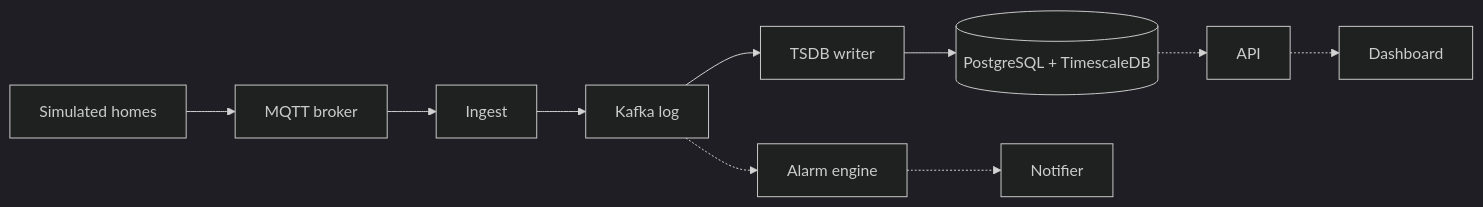
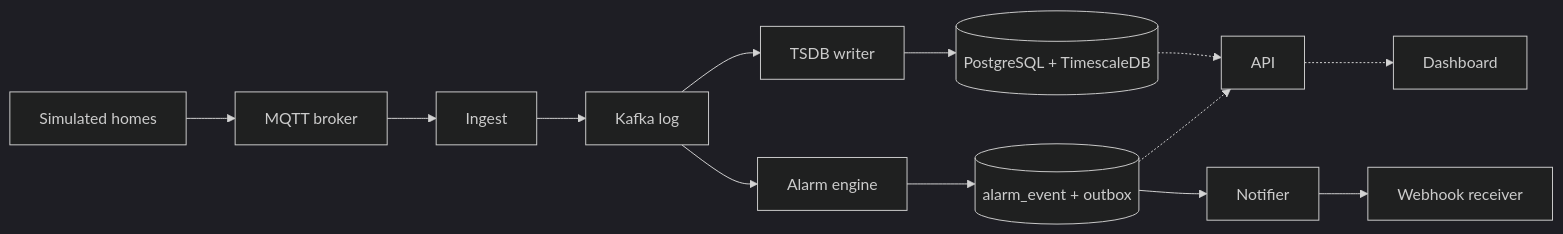
One commit to MostafaQabbari/speicherlotse changed the diagram in README.md. Above: the diagram before and after it, drawn with Mermaid (dark theme). The commit also changed other lines of this file and 17 other files, not shown here.

Commit message:
feat(notifier): outbox filled by trigger, webhook sender, retries, order within an alarm

````diff
--- a/README.md
+++ b/README.md
@@ -26,12 +29,15 @@
 ```mermaid
 flowchart LR
   sim[Simulated homes] --> mqtt[MQTT broker]
   mqtt --> ingest[Ingest]
   ingest --> log[Kafka log]
   log --> writer[TSDB writer]
   writer --> db[(PostgreSQL + TimescaleDB)]
-  log -.-> alarms[Alarm engine]
-  alarms -.-> notifier[Notifier]
+  log --> alarms[Alarm engine]
+  alarms --> adb[(alarm_event + outbox)]
+  adb --> notifier[Notifier]
+  notifier --> hook[Webhook receiver]
   db -.-> api[API]
+  adb -.-> api
   api -.-> ui[Dashboard]
 ```
````
